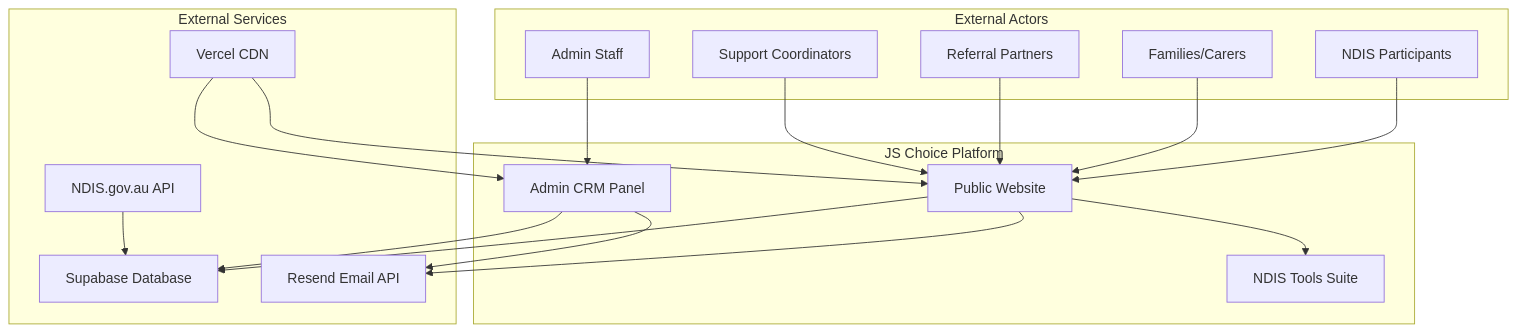
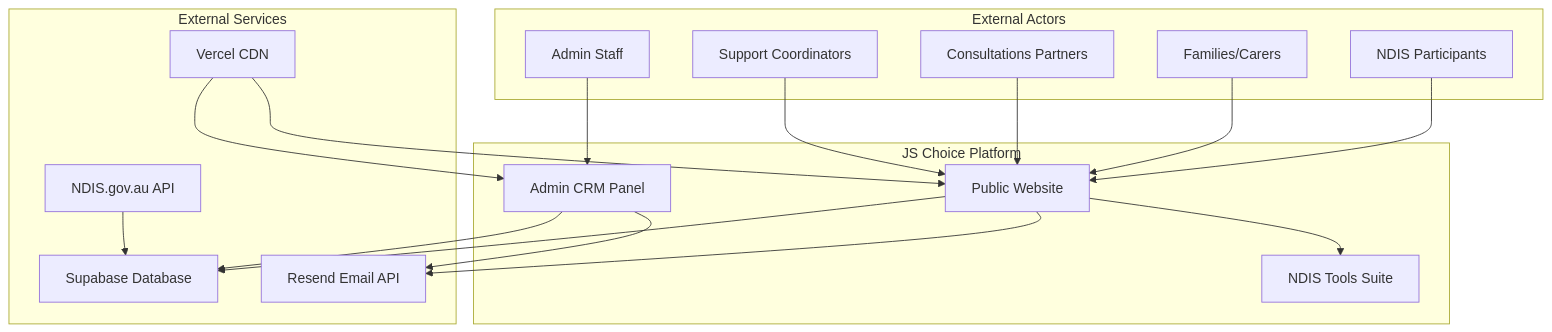
Before and after one commit to jschoicevic-developer/jschoicegroupsweb: the first of 11 diagrams in SYSTEM_DESIGN_DOCUMENT.md, drawn with Mermaid. The commit also changed other lines of this file and 43 other files, not shown here.

````diff
--- a/SYSTEM_DESIGN_DOCUMENT.md
+++ b/SYSTEM_DESIGN_DOCUMENT.md
@@ -444,37 +444,37 @@
 ```mermaid
 graph TB
     subgraph "External Actors"
         A[NDIS Participants]
         B[Families/Carers]
-        C[Referral Partners]
+        C[Consultations Partners]
         D[Admin Staff]
         E[Support Coordinators]
     end
 
     subgraph "JS Choice Platform"
         F[Public Website]
         G[Admin CRM Panel]
         H[NDIS Tools Suite]
     end
 
     subgraph "External Services"
         I[Supabase Database]
         J[Resend Email API]
         K[NDIS.gov.au API]
         L[Vercel CDN]
     end
 
     A --> F
     B --> F
     C --> F
     E --> F
     D --> G
     F --> H
     F --> I
     G --> I
     F --> J
     G --> J
     K --> I
     L --> F
     L --> G
 ```
````
